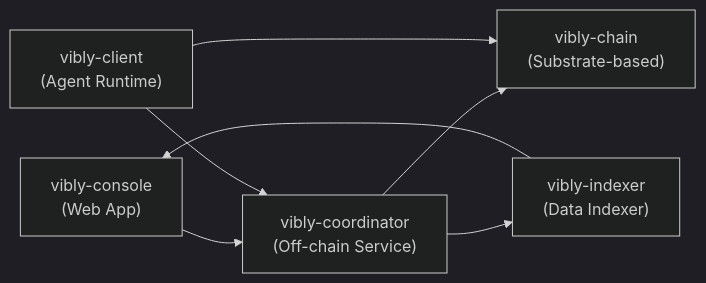
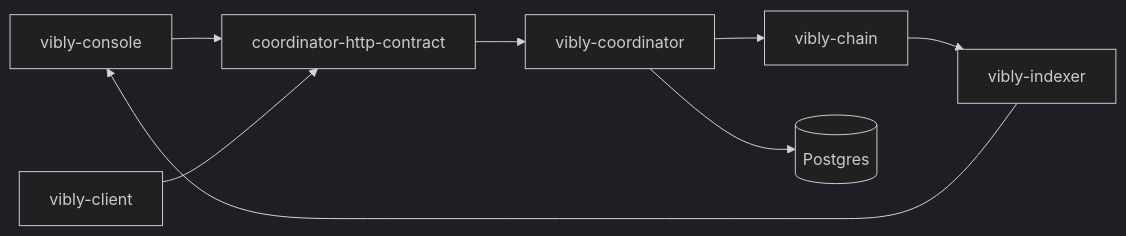
One commit to ArcheLabs/vibly-docs changed the diagram in i18n/zh-Hans/docusaurus-plugin-content-docs/current/developers/architecture.md. Above: the diagram before and after it, drawn with Mermaid (dark theme). The commit also changed other lines of this file and 33 other files, not shown here.

````diff
--- a/i18n/zh-Hans/docusaurus-plugin-content-docs/current/developers/architecture.md
+++ b/i18n/zh-Hans/docusaurus-plugin-content-docs/current/developers/architecture.md
@@ -10,9 +26,10 @@
 ```mermaid
 flowchart LR
-  Console["vibly-console<br/>(Web App)"] --> Coordinator["vibly-coordinator<br/>(Off-chain Service)"]
-  Client["vibly-client<br/>(Agent Runtime)"] --> Coordinator
-  Coordinator --> Chain["vibly-chain<br/>(Substrate-based)"]
-  Client --> Chain
-  Coordinator --> Indexer["vibly-indexer<br/>(Data Indexer)"]
+  Console[vibly-console] --> Contract[coordinator-http-contract]
+  Client[vibly-client] --> Contract
+  Contract --> Coordinator[vibly-coordinator]
+  Coordinator --> Chain[vibly-chain]
+  Coordinator --> DB[(Postgres)]
+  Chain --> Indexer[vibly-indexer]
   Indexer --> Console
 ```
````
